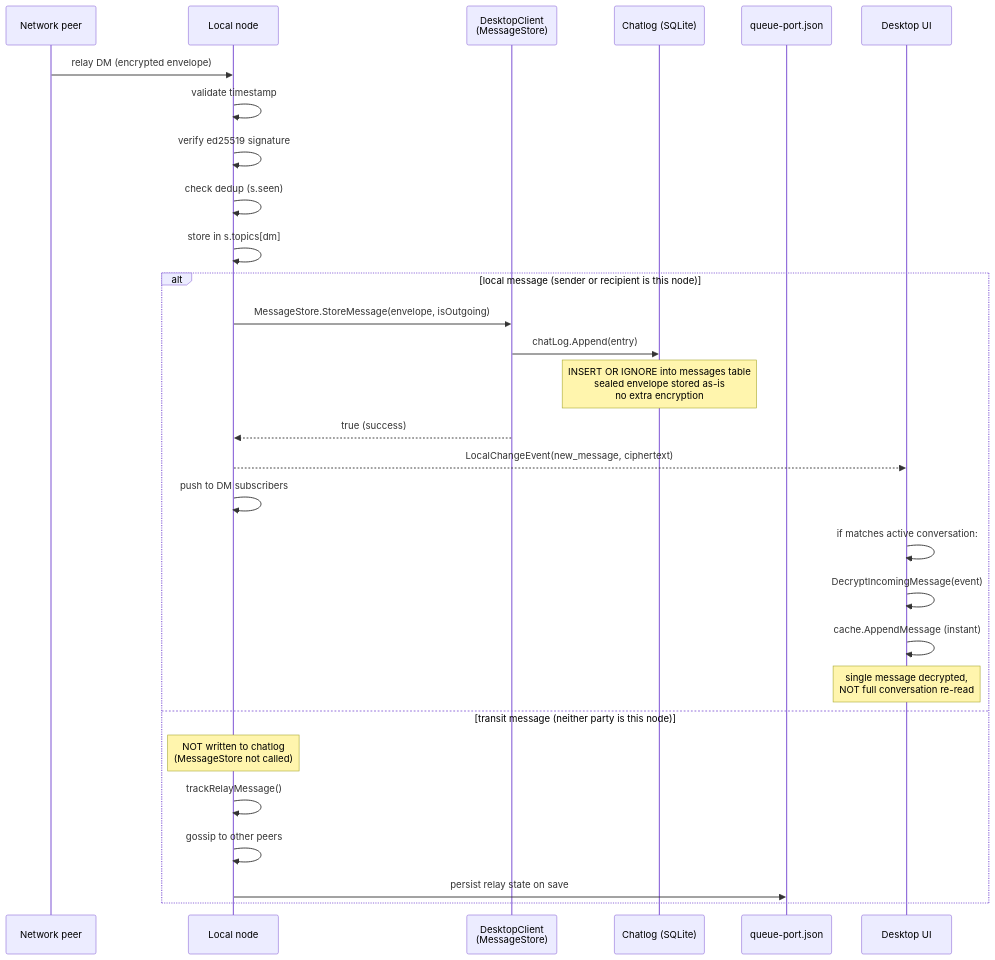
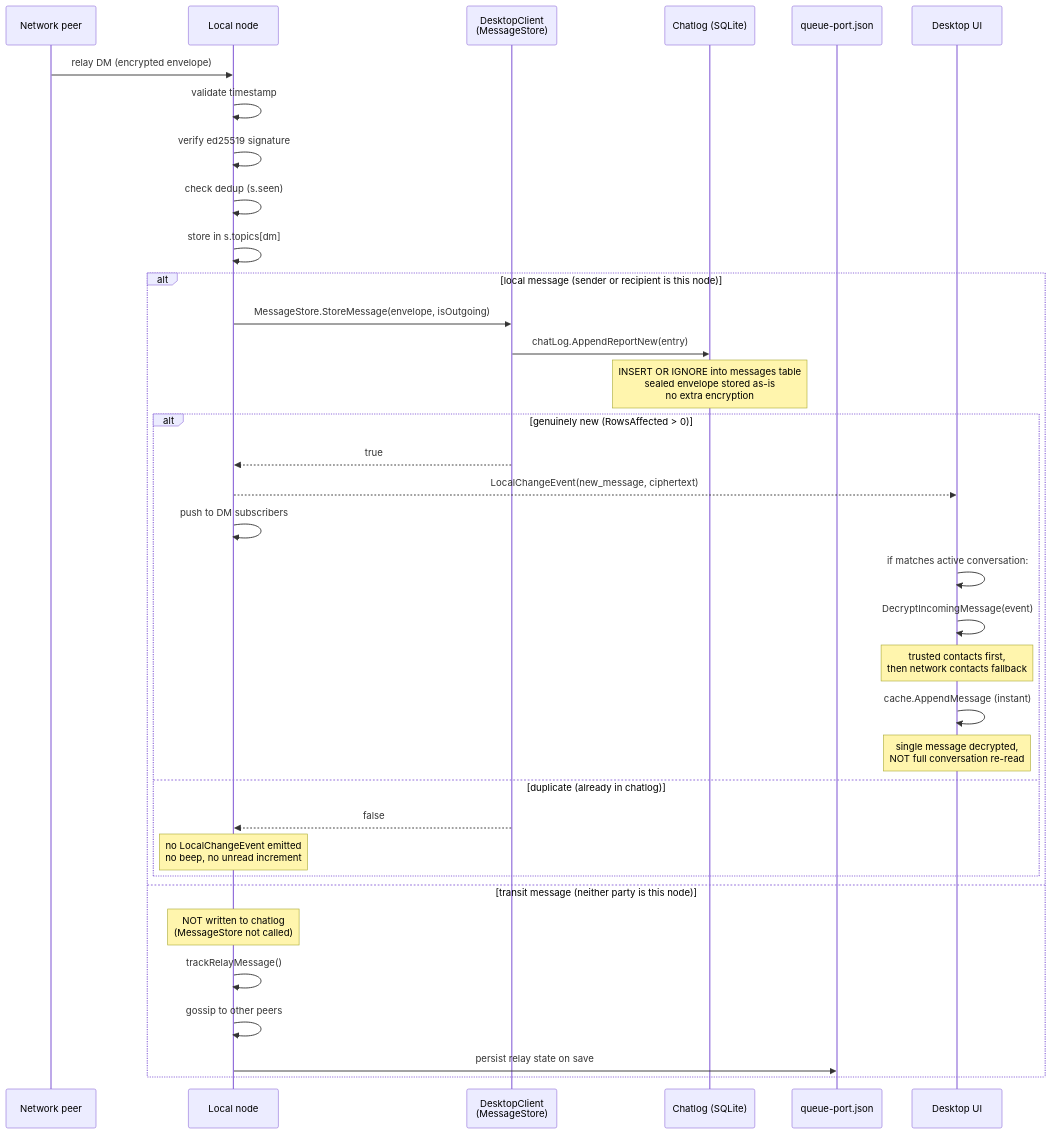
One commit to piratecash/corsa changed the third of 16 diagrams in docs/chatlog.md. Above: the diagram before and after it, drawn with Mermaid. The commit also changed other lines of this file and 7 other files, not shown here.

Commit message:
fix(dedup): durable StoreResult enum — close both event and header paths, typed chatlog API

````diff
--- a/docs/chatlog.md
+++ b/docs/chatlog.md
@@ -78,32 +78,38 @@
 ```mermaid
 sequenceDiagram
     participant NET as Network peer
     participant NODE as Local node
     participant SVC as DesktopClient<br/>(MessageStore)
     participant LOG as Chatlog (SQLite)
     participant QUEUE as queue-port.json
     participant UI as Desktop UI
 
     NET->>NODE: relay DM (encrypted envelope)
     NODE->>NODE: validate timestamp
     NODE->>NODE: verify ed25519 signature
     NODE->>NODE: check dedup (s.seen)
     NODE->>NODE: store in s.topics[dm]
     alt local message (sender or recipient is this node)
         NODE->>SVC: MessageStore.StoreMessage(envelope, isOutgoing)
-        SVC->>LOG: chatLog.Append(entry)
+        SVC->>LOG: chatLog.AppendReportNew(entry)
         Note over LOG: INSERT OR IGNORE into messages table<br/>sealed envelope stored as-is<br/>no extra encryption
-        SVC-->>NODE: true (success)
-        NODE-->>UI: LocalChangeEvent(new_message, ciphertext)
-        NODE->>NODE: push to DM subscribers
-        UI->>UI: if matches active conversation:
-        UI->>UI:   DecryptIncomingMessage(event)
-        UI->>UI:   cache.AppendMessage (instant)
-        Note over UI: single message decrypted,<br/>NOT full conversation re-read
+        alt genuinely new (RowsAffected > 0)
+            SVC-->>NODE: true
+            NODE-->>UI: LocalChangeEvent(new_message, ciphertext)
+            NODE->>NODE: push to DM subscribers
+            UI->>UI: if matches active conversation:
+            UI->>UI:   DecryptIncomingMessage(event)
+            Note over UI: trusted contacts first,<br/>then network contacts fallback
+            UI->>UI:   cache.AppendMessage (instant)
+            Note over UI: single message decrypted,<br/>NOT full conversation re-read
+        else duplicate (already in chatlog)
+            SVC-->>NODE: false
+            Note over NODE: no LocalChangeEvent emitted<br/>no beep, no unread increment
+        end
     else transit message (neither party is this node)
         Note over NODE: NOT written to chatlog<br/>(MessageStore not called)
         NODE->>NODE: trackRelayMessage()
         NODE->>NODE: gossip to other peers
         NODE->>QUEUE: persist relay state on save
     end
 ```
````
